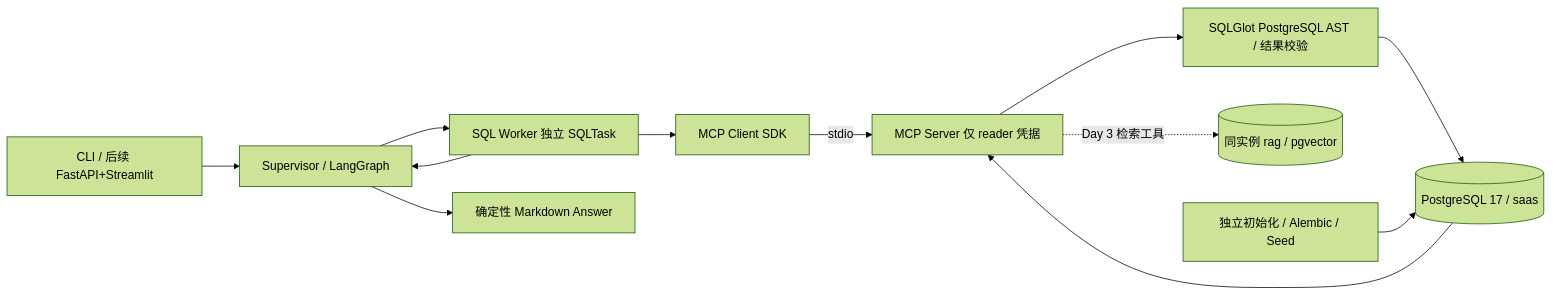
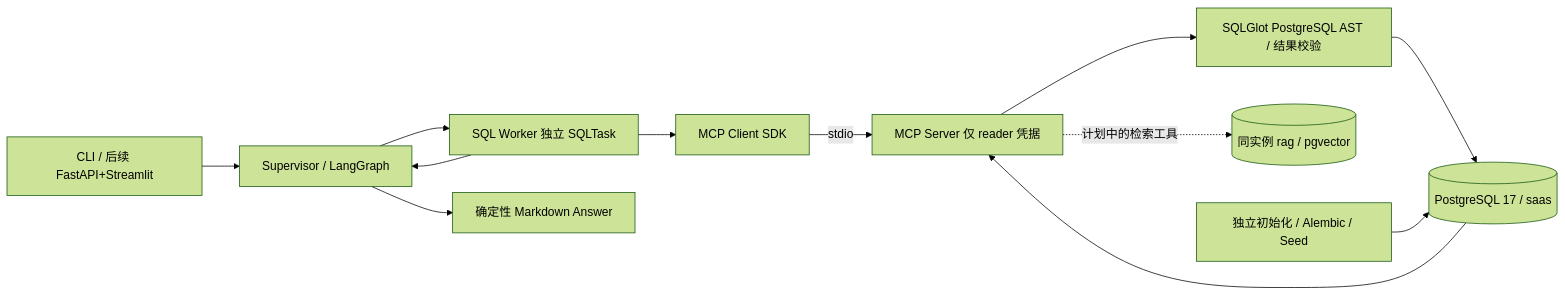
Before and after one commit to zouradiant-dev/datapilot-pro: the first of 2 diagrams in docs/architecture.md, drawn with Mermaid (forest theme). The commit also changed other lines of this file and 43 other files, not shown here.

First line of the commit message:
feat: add safe CSV/XLSX preview and schema confirmation

````diff
--- a/docs/architecture.md
+++ b/docs/architecture.md
@@ -9,14 +11,14 @@
 ```mermaid
 flowchart LR
     CLI[CLI / 后续 FastAPI+Streamlit] --> S[Supervisor / LangGraph]
     S --> Q[SQL Worker 独立 SQLTask]
     Q --> C[MCP Client SDK]
     C -- stdio --> M[MCP Server 仅 reader 凭据]
     M --> V[SQLGlot PostgreSQL AST / 结果校验]
     V --> DB[(PostgreSQL 17 / saas)]
     DB --> M
     Q --> S
     S --> A[确定性 Markdown Answer]
-    M -. Day 3 检索工具 .-> R[(同实例 rag / pgvector)]
+    M -. 计划中的检索工具 .-> R[(同实例 rag / pgvector)]
     ADMIN[独立初始化 / Alembic / Seed] --> DB
 ```
````
